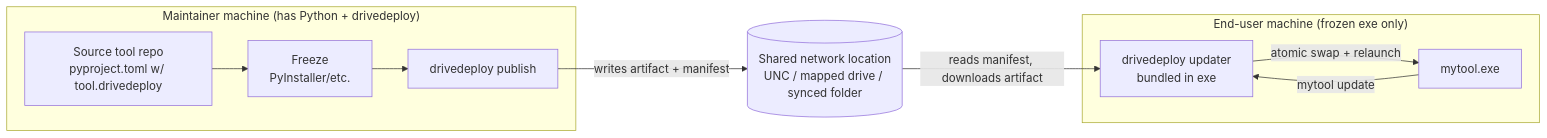
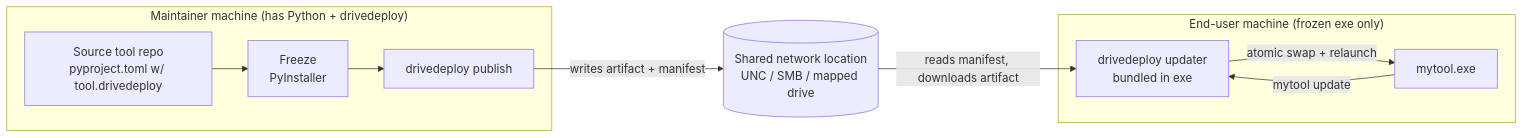
Before and after one commit to sterlingcollins/drivedeploy: the diagram in plans/Phase0_Overview.md, drawn with Mermaid. The commit also changed other lines of this file and 1 other file, not shown here.

````diff
--- a/plans/Phase0_Overview.md
+++ b/plans/Phase0_Overview.md
@@ -68,16 +80,16 @@
 ```mermaid
 flowchart LR
     subgraph Dev["Maintainer machine (has Python + drivedeploy)"]
-        A[Source tool repo<br/>pyproject.toml w/ tool.drivedeploy] --> B[Freeze<br/>PyInstaller/etc.]
+        A[Source tool repo<br/>pyproject.toml w/ tool.drivedeploy] --> B[Freeze<br/>PyInstaller]
         B --> C[drivedeploy publish]
     end
 
-    C -->|writes artifact + manifest| D[(Shared network location<br/>UNC / mapped drive / synced folder)]
+    C -->|writes artifact + manifest| D[(Shared network location<br/>UNC / SMB / mapped drive)]
 
     subgraph User["End-user machine (frozen exe only)"]
         E[mytool.exe] -->|mytool update| F[drivedeploy updater<br/>bundled in exe]
     end
 
     D -->|reads manifest, downloads artifact| F
     F -->|atomic swap + relaunch| E
 ```
````
